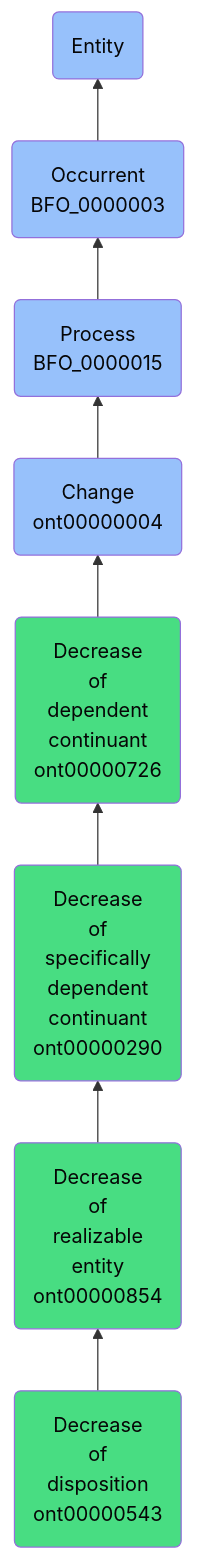
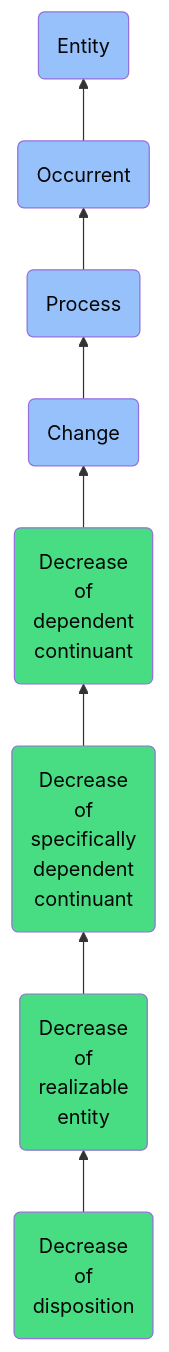
Before and after one commit to jupyter-naas/abi: the diagram in docs/ontology/reference/model/Entity/Occurrent/Process/Change/Decrease of dependent continuant/Decrease of specifically dependent continuant/Decrease of realizable entity/Decrease of disposition/Decrease of disposition.md, drawn with Mermaid. The commit also changed other lines of this file and 1430 other files, not shown here.

````diff
--- a/docs/ontology/reference/model/Entity/Occurrent/Process/Change/Decrease of dependent continuant/Decrease of specifically dependent continuant/Decrease of realizable entity/Decrease of disposition/Decrease of disposition.md
+++ b/docs/ontology/reference/model/Entity/Occurrent/Process/Change/Decrease of dependent continuant/Decrease of specifically dependent continuant/Decrease of realizable entity/Decrease of disposition/Decrease of disposition.md
@@ -24,15 +24,15 @@
 ```mermaid
 graph BT
-    ont00000543(Decrease<br>of<br>disposition<br>ont00000543):::ABI-->ont00000854
-    ont00000854(Decrease<br>of<br>realizable<br>entity<br>ont00000854):::ABI-->ont00000290
-    ont00000290(Decrease<br>of<br>specifically<br>dependent<br>continuant<br>ont00000290):::ABI-->ont00000726
-    ont00000726(Decrease<br>of<br>dependent<br>continuant<br>ont00000726):::ABI-->ont00000004
-    ont00000004(Change<br>ont00000004):::BFO-->BFO_0000015
-    BFO_0000015(Process<br>BFO_0000015):::BFO-->BFO_0000003
-    BFO_0000003(Occurrent<br>BFO_0000003):::BFO-->BFO_0000001
+    ont00000543(Decrease<br>of<br>disposition):::ABI-->ont00000854
+    ont00000854(Decrease<br>of<br>realizable<br>entity):::ABI-->ont00000290
+    ont00000290(Decrease<br>of<br>specifically<br>dependent<br>continuant):::ABI-->ont00000726
+    ont00000726(Decrease<br>of<br>dependent<br>continuant):::ABI-->ont00000004
+    ont00000004(Change):::BFO-->BFO_0000015
+    BFO_0000015(Process):::BFO-->BFO_0000003
+    BFO_0000003(Occurrent):::BFO-->BFO_0000001
     BFO_0000001(Entity):::BFO
     
     classDef BFO fill:#97c1fb,color:#060606
     classDef CCO fill:#e4c51e,color:#060606
     classDef ABI fill:#48DD82,color:#060606
 ```
````
